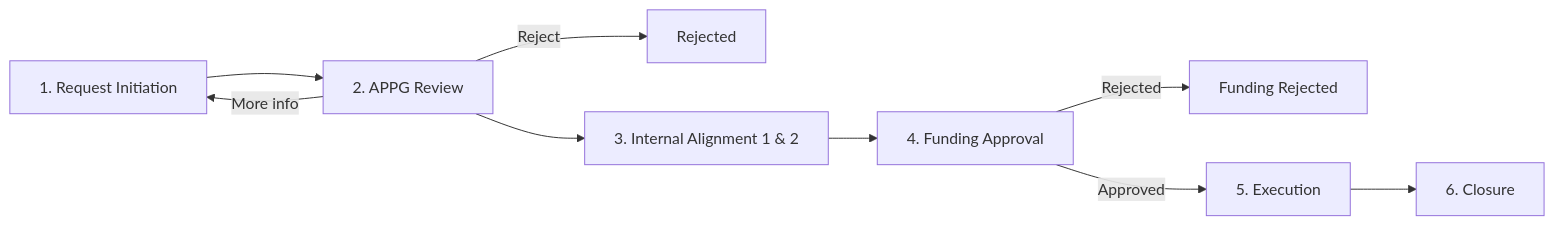
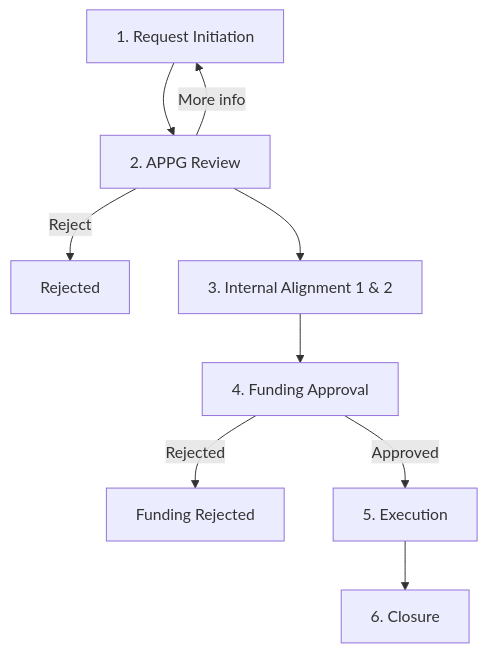
The diagram in docs/01-Project-Understanding.md (SyedRahat/RADIANCE), drawn with Mermaid before and after one commit. The commit also changed 2 other files, not shown here.

Commit message:
Fix Markdown rendering issues found while converting docs to PDF
- docs/08: add blank lines before two tables that followed a paragraph
  line directly (strict Markdown renderers showed raw pipes)
- docs/03: import order is now a real 1-10 numbered list (it rendered
  as a 3-item list with wrong numbers); sample SharePoint URL with a
  space is now inline code instead of a half-working autolink; ER
  diagram uses direction LR so entity names stay readable
- docs/01: phases flowchart uses TB layout so labels stay readable

Claude-Session: https://claude.ai/code/session_01HuzdhPCjMHR7jwaDxajGTV

````diff
--- a/docs/01-Project-Understanding.md
+++ b/docs/01-Project-Understanding.md
@@ -37,11 +37,11 @@
 ```mermaid
-flowchart LR
+flowchart TB
   A[1. Request Initiation] --> B[2. APPG Review]
   B -->|More info| A
   B -->|Reject| X[Rejected]
   B --> C[3. Internal Alignment 1 & 2]
   C --> D[4. Funding Approval]
   D -->|Rejected| Y[Funding Rejected]
   D -->|Approved| E[5. Execution]
   E --> F[6. Closure]
 ```
````
